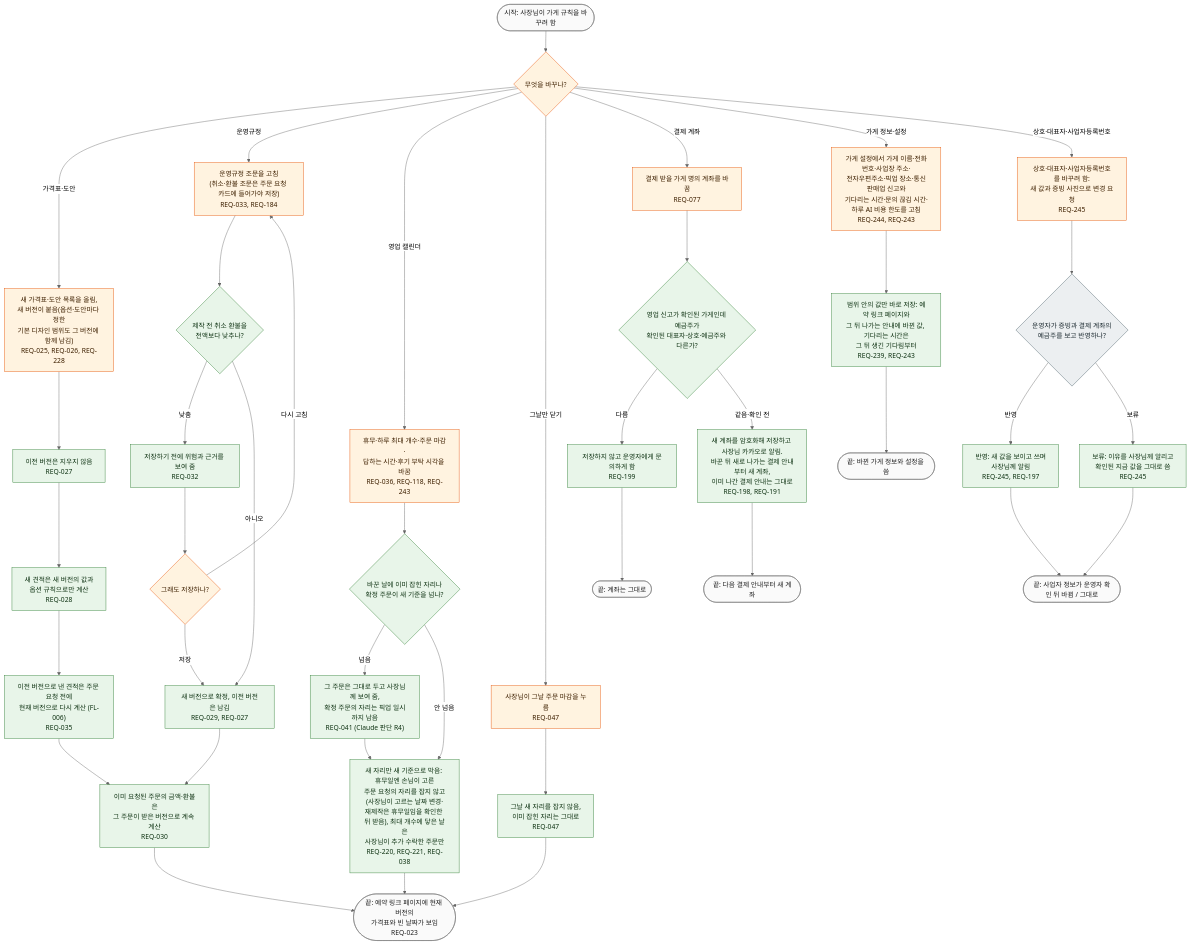
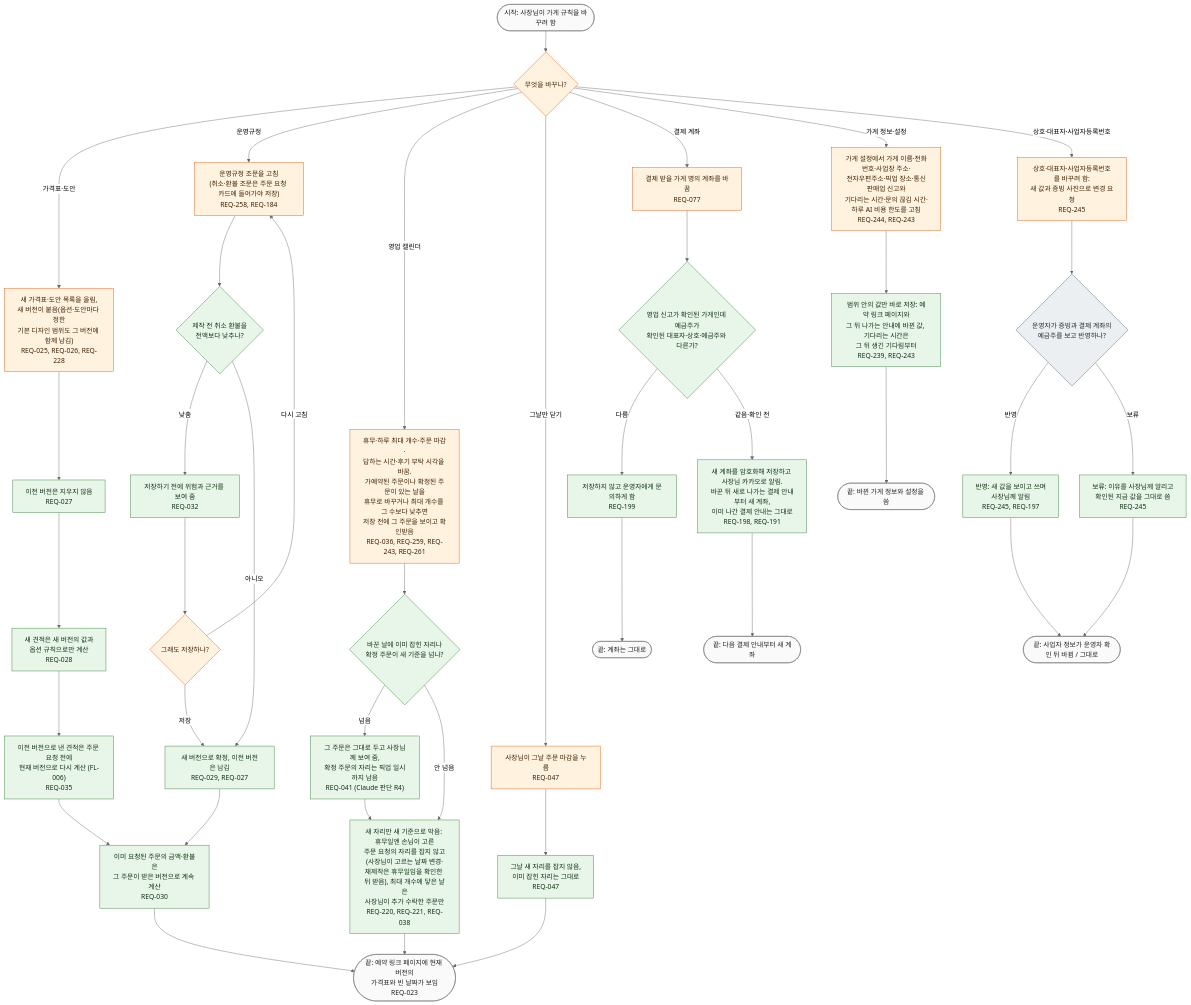
Before and after one commit to kodonghui/siljang.ai: the diagram in docs/03-user-flow/FL-002-change-shop-rules.md, drawn with Mermaid (neutral theme). The commit also changed other lines of this file and 10 other files, not shown here.

First line of the commit message:
설계 재검토 낮음 K1 (2/4): 03 플로우 노드의 바뀐 번호와 새 번호(REQ-255~262)

````diff
--- a/docs/03-user-flow/FL-002-change-shop-rules.md
+++ b/docs/03-user-flow/FL-002-change-shop-rules.md
@@ -18,66 +18,66 @@
 ```mermaid
 flowchart TD
   S(["시작: 사장님이 가게 규칙을 바꾸려 함"])
   D0{"무엇을 바꾸나?"}
   P1["새 가격표·도안 목록을 올림,<br/>새 버전이 붙음(옵션·도안마다 정한<br/>기본 디자인 범위도 그 버전에 함께 남김)<br/>REQ-025, REQ-026, REQ-228"]
   P2["이전 버전은 지우지 않음<br/>REQ-027"]
   P3["새 견적은 새 버전의 값과<br/>옵션 규칙으로만 계산<br/>REQ-028"]
   P4["이전 버전으로 낸 견적은 주문 요청 전에<br/>현재 버전으로 다시 계산 (FL-006)<br/>REQ-035"]
-  U1["운영규정 조문을 고침<br/>(취소·환불 조문은 주문 요청 카드에 들어가야 저장)<br/>REQ-033, REQ-184"]
+  U1["운영규정 조문을 고침<br/>(취소·환불 조문은 주문 요청 카드에 들어가야 저장)<br/>REQ-258, REQ-184"]
   D1{"제작 전 취소 환불을<br/>전액보다 낮추나?"}
   U2["저장하기 전에 위험과 근거를 보여 줌<br/>REQ-032"]
   D2{"그래도 저장하나?"}
   U3["새 버전으로 확정, 이전 버전은 남김<br/>REQ-029, REQ-027"]
   K1["이미 요청된 주문의 금액·환불은<br/>그 주문이 받은 버전으로 계속 계산<br/>REQ-030"]
-  C1["휴무·하루 최대 개수·주문 마감·<br/>답하는 시간·후기 부탁 시각을 바꿈<br/>REQ-036, REQ-118, REQ-243"]
+  C1["휴무·하루 최대 개수·주문 마감·<br/>답하는 시간·후기 부탁 시각을 바꿈.<br/>가예약된 주문이나 확정된 주문이 있는 날을<br/>휴무로 바꾸거나 최대 개수를 그 수보다 낮추면<br/>저장 전에 그 주문을 보이고 확인받음<br/>REQ-036, REQ-259, REQ-243, REQ-261"]
   D3{"바꾼 날에 이미 잡힌 자리나<br/>확정 주문이 새 기준을 넘나?"}
   C2["그 주문은 그대로 두고 사장님께 보여 줌,<br/>확정 주문의 자리는 픽업 일시까지 남음<br/>REQ-041 (Claude 판단 R4)"]
   C3["새 자리만 새 기준으로 막음: 휴무일엔 손님이 고른<br/>주문 요청의 자리를 잡지 않고(사장님이 고르는 날짜 변경·<br/>재제작은 휴무일임을 확인한 뒤 받음), 최대 개수에 닿은 날은<br/>사장님이 추가 수락한 주문만<br/>REQ-220, REQ-221, REQ-038"]
   M1["사장님이 그날 주문 마감을 누름<br/>REQ-047"]
   M2["그날 새 자리를 잡지 않음,<br/>이미 잡힌 자리는 그대로<br/>REQ-047"]
   E1(["끝: 예약 링크 페이지에 현재 버전의<br/>가격표와 빈 날짜가 보임<br/>REQ-023"])
   A1["결제 받을 가게 명의 계좌를 바꿈<br/>REQ-077"]
   D4{"영업 신고가 확인된 가게인데 예금주가<br/>확인된 대표자·상호·예금주와 다른가?"}
   W1["저장하지 않고 운영자에게 문의하게 함<br/>REQ-199"]
   A2["새 계좌를 암호화해 저장하고 사장님 카카오로 알림.<br/>바꾼 뒤 새로 나가는 결제 안내부터 새 계좌,<br/>이미 나간 결제 안내는 그대로<br/>REQ-198, REQ-191"]
   E2(["끝: 다음 결제 안내부터 새 계좌"])
   E3(["끝: 계좌는 그대로"])
   G1["가게 설정에서 가게 이름·전화번호·사업장 주소·<br/>전자우편주소·픽업 장소·통신판매업 신고와<br/>기다리는 시간·문의 끊김 시간·하루 AI 비용 한도를 고침<br/>REQ-244, REQ-243"]
   G2["범위 안의 값만 바로 저장: 예약 링크 페이지와<br/>그 뒤 나가는 안내에 바뀐 값, 기다리는 시간은<br/>그 뒤 생긴 기다림부터<br/>REQ-239, REQ-243"]
   B1["상호·대표자·사업자등록번호를 바꾸려 함:<br/>새 값과 증빙 사진으로 변경 요청<br/>REQ-245"]
   D5{"운영자가 증빙과 결제 계좌의<br/>예금주를 보고 반영하나?"}
   B2["반영: 새 값을 보이고 쓰며<br/>사장님께 알림<br/>REQ-245, REQ-197"]
   B3["보류: 이유를 사장님께 알리고<br/>확인된 지금 값을 그대로 씀<br/>REQ-245"]
   E4(["끝: 바뀐 가게 정보와 설정을 씀"])
   E5(["끝: 사업자 정보가 운영자 확인 뒤 바뀜 / 그대로"])
 
   S --> D0
   D0 -->|"가격표·도안"| P1 --> P2 --> P3 --> P4 --> K1
   D0 -->|"운영규정"| U1 --> D1
   D1 -->|"낮춤"| U2 --> D2
   D2 -->|"저장"| U3
   D2 -->|"다시 고침"| U1
   D1 -->|"아니오"| U3
   U3 --> K1 --> E1
   D0 -->|"영업 캘린더"| C1 --> D3
   D3 -->|"넘음"| C2 --> C3
   D3 -->|"안 넘음"| C3
   C3 --> E1
   D0 -->|"그날만 닫기"| M1 --> M2 --> E1
   D0 -->|"결제 계좌"| A1 --> D4
   D4 -->|"다름"| W1 --> E3
   D4 -->|"같음·확인 전"| A2 --> E2
   D0 -->|"가게 정보·설정"| G1 --> G2 --> E4
   D0 -->|"상호·대표자·사업자등록번호"| B1 --> D5
   D5 -->|"반영"| B2 --> E5
   D5 -->|"보류"| B3 --> E5
 
   classDef owner fill:#fff3e0,stroke:#e65100,color:#3e2000
   classDef svc fill:#e8f5e9,stroke:#2e7d32,color:#0f3313
   classDef term fill:#fafafa,stroke:#757575,color:#212121
   classDef op fill:#eceff1,stroke:#455a64,color:#1c2a30
   class D0,P1,U1,D2,C1,M1,A1,G1,B1 owner
   class D5 op
   class P2,P3,P4,D1,U2,U3,K1,D3,C2,C3,M2,D4,W1,A2,G2,B2,B3 svc
   class S,E1,E2,E3,E4,E5 term
 ```
````
